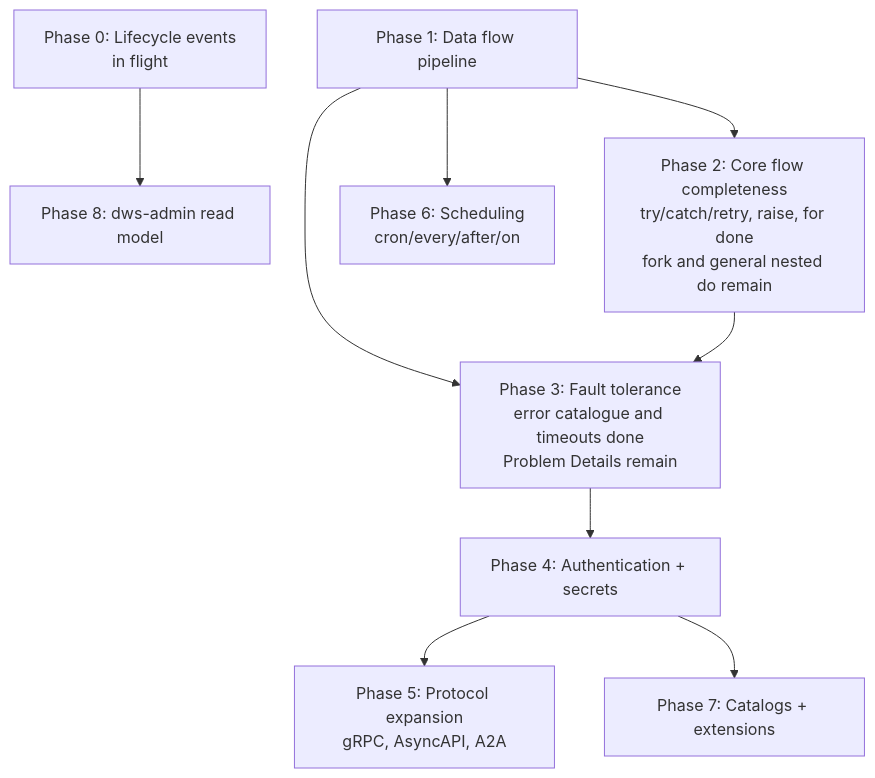
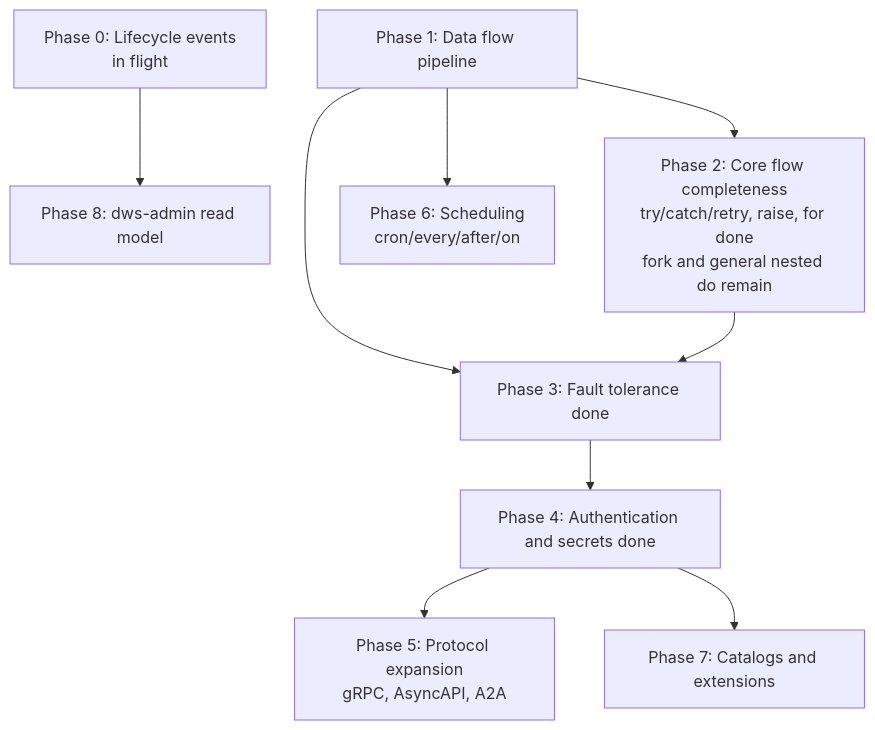
The diagram in openwiki/architecture/roadmap.md (tonylibs/dapr-workflow-spec), drawn with Mermaid before and after one commit. The commit also changed other lines of this file and 2 other files, not shown here.

````diff
--- a/openwiki/architecture/roadmap.md
+++ b/openwiki/architecture/roadmap.md
@@ -56,11 +56,11 @@
 ```mermaid
 flowchart TD
   P0[Phase 0: Lifecycle events<br/>in flight] --> P8[Phase 8: dws-admin read model]
   P1[Phase 1: Data flow pipeline] --> P2[Phase 2: Core flow completeness<br/>try/catch/retry, raise, for done<br/>fork and general nested do remain]
-  P1 --> P3[Phase 3: Fault tolerance<br/>error catalogue and timeouts done<br/>Problem Details remain]
+  P1 --> P3[Phase 3: Fault tolerance done]
   P2 --> P3
-  P3 --> P4[Phase 4: Authentication + secrets]
+  P3 --> P4[Phase 4: Authentication and secrets done]
   P4 --> P5[Phase 5: Protocol expansion<br/>gRPC, AsyncAPI, A2A]
   P1 --> P6[Phase 6: Scheduling<br/>cron/every/after/on]
-  P4 --> P7[Phase 7: Catalogs + extensions]
+  P4 --> P7[Phase 7: Catalogs and extensions]
 ```
````
